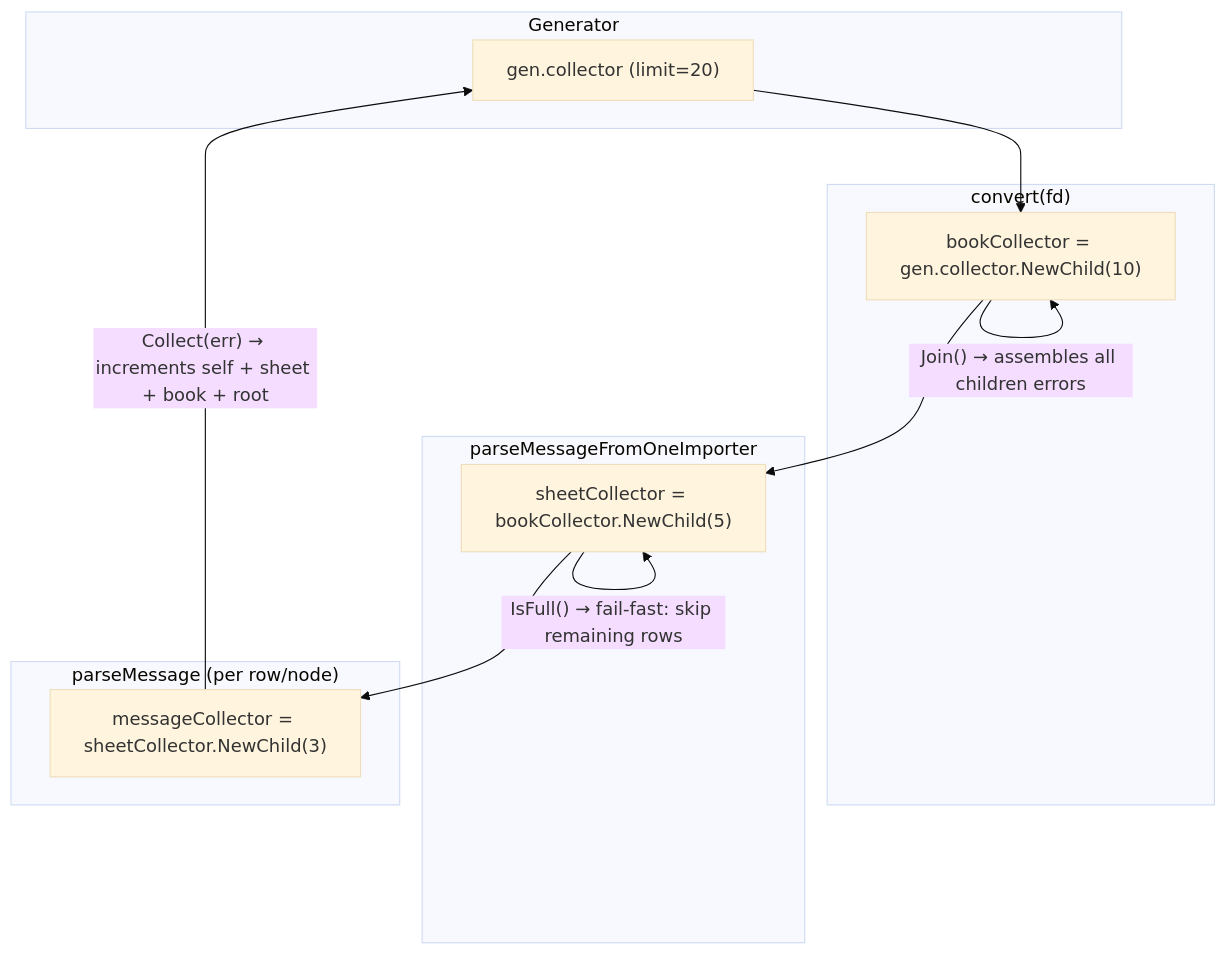
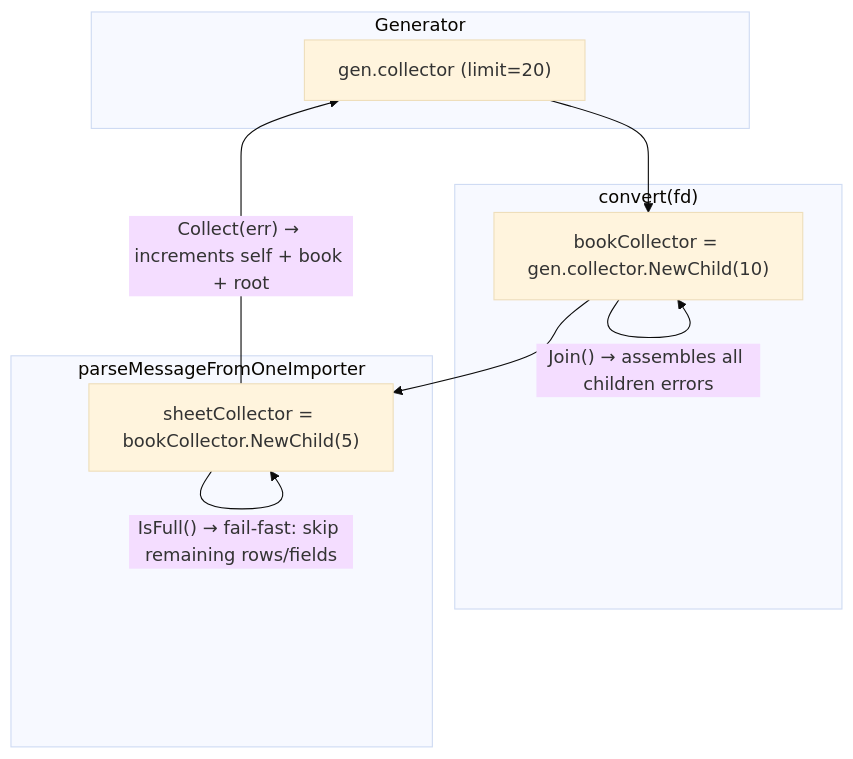
Before and after one commit to tableauio/tableau: the second of 2 diagrams in internal/confgen/README.md, drawn with Mermaid (base theme). The commit also changed other lines of this file and 13 other files, not shown here.

````diff
--- a/internal/confgen/README.md
+++ b/internal/confgen/README.md
@@ -95,23 +92,19 @@
 ```mermaid
 flowchart TB
     subgraph "Generator"
         Root["gen.collector  (limit=20)"]
     end
 
     subgraph "convert(fd)"
         Book["bookCollector = gen.collector.NewChild(10)"]
     end
 
     subgraph "parseMessageFromOneImporter"
         Sheet["sheetCollector = bookCollector.NewChild(5)"]
     end
 
-    subgraph "parseMessage (per row/node)"
-        Message["messageCollector = sheetCollector.NewChild(3)"]
-    end
-
-    Root --> Book --> Sheet --> Message
-    Message -- "Collect(err) → increments self + sheet + book + root" --> Root
-    Sheet -- "IsFull() → fail-fast: skip remaining rows" --> Sheet
+    Root --> Book --> Sheet
+    Sheet -- "Collect(err) → increments self + book + root" --> Root
+    Sheet -- "IsFull() → fail-fast: skip remaining rows/fields" --> Sheet
     Book -- "Join() → assembles all children errors" --> Book
 ```
````
